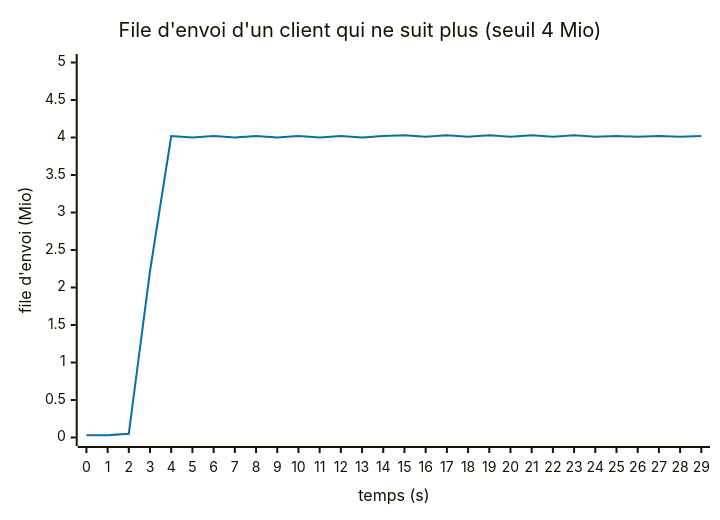
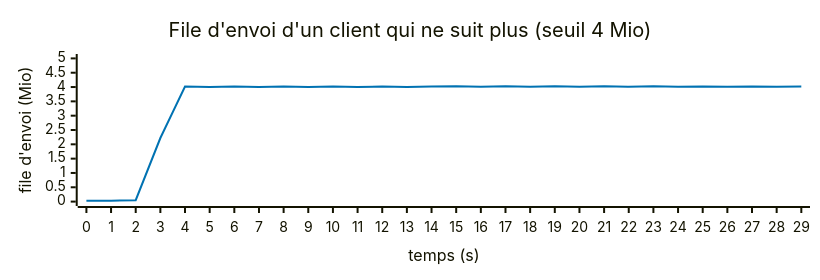
Before and after one commit to nodefony/nodefony-core: the sixth of 8 diagrams in src/packages/@nodefony/realtime/docs/cadence-et-contre-pression.md, drawn with Mermaid. The commit also changed other lines of this file and 2 other files, not shown here.

````diff
--- a/src/packages/@nodefony/realtime/docs/cadence-et-contre-pression.md
+++ b/src/packages/@nodefony/realtime/docs/cadence-et-contre-pression.md
@@ -440,8 +440,8 @@
 ```mermaid
-%%{init: {"themeVariables": {"xyChart": {"plotColorPalette": "#0072B2, #D55E00"}}}}%%
+%%{init: {"xyChart": {"width": 800, "height": 260}, "themeVariables": {"xyChart": {"plotColorPalette": "#0072B2, #D55E00"}}}}%%
 xychart-beta
   title "File d'envoi d'un client qui ne suit plus (seuil 4 Mio)"
   x-axis "temps (s)" [0, 1, 2, 3, 4, 5, 6, 7, 8, 9, 10, 11, 12, 13, 14, 15, 16, 17, 18, 19, 20, 21, 22, 23, 24, 25, 26, 27, 28, 29]
   y-axis "file d'envoi (Mio)" 0 --> 5
   line [0.03, 0.03, 0.05, 2.22, 4.02, 4, 4.02, 4, 4.02, 4, 4.02, 4, 4.02, 4, 4.02, 4.03, 4.01, 4.03, 4.01, 4.03, 4.01, 4.03, 4.01, 4.03, 4.01, 4.02, 4.01, 4.02, 4.01, 4.02]
 ```
````
